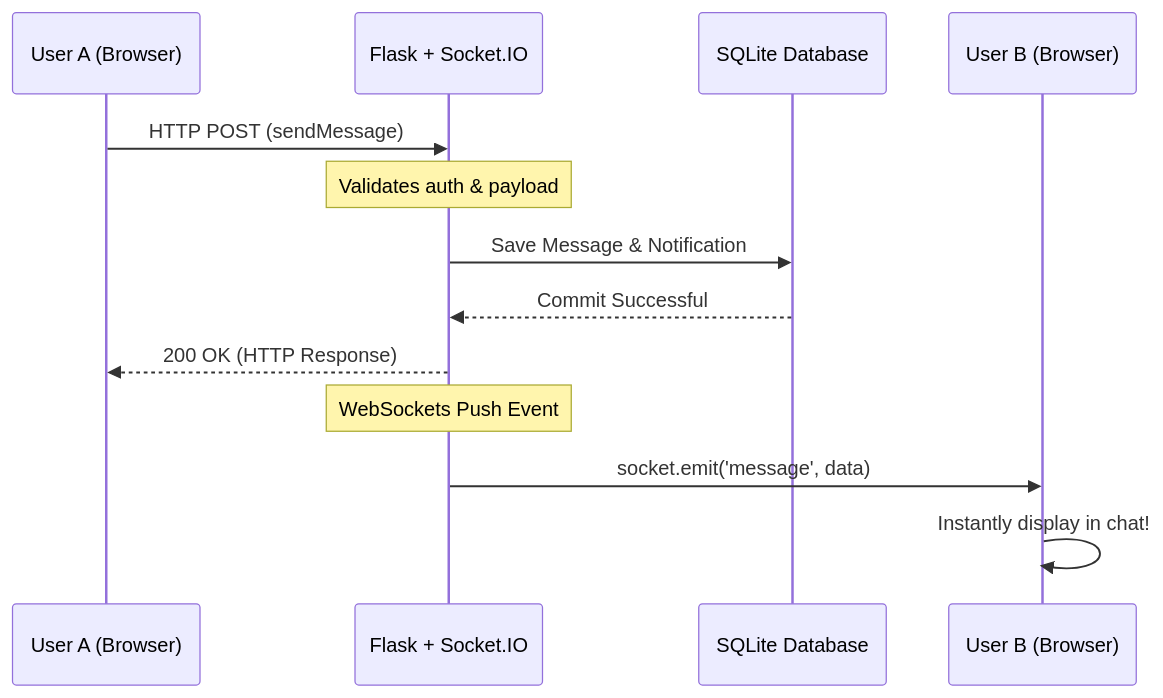
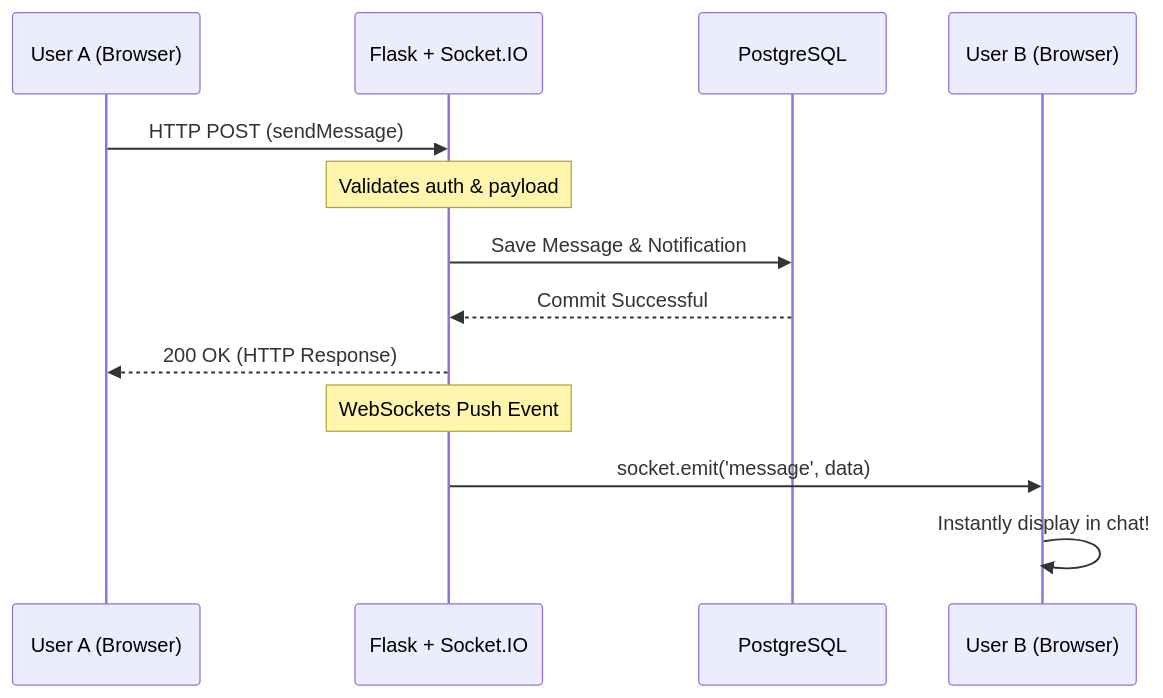
Before and after one commit to Sakshithis/KindKart_: the first of 2 diagrams in README.md, drawn with Mermaid. The commit also changed other lines of this file and 3 other files, not shown here.

````diff
--- a/README.md
+++ b/README.md
@@ -19,16 +20,16 @@
 ```mermaid
 sequenceDiagram
     participant Sender as User A (Browser)
     participant Server as Flask + Socket.IO
-    participant DB as SQLite Database
+    participant DB as PostgreSQL
     participant Receiver as User B (Browser)
 
     Sender->>Server: HTTP POST (sendMessage)
     Note over Server: Validates auth & payload
     Server->>DB: Save Message & Notification
     DB-->>Server: Commit Successful
     Server-->>Sender: 200 OK (HTTP Response)
     Note over Server: WebSockets Push Event
     Server->>Receiver: socket.emit('message', data)
     Receiver->>Receiver: Instantly display in chat!
 ```
````
